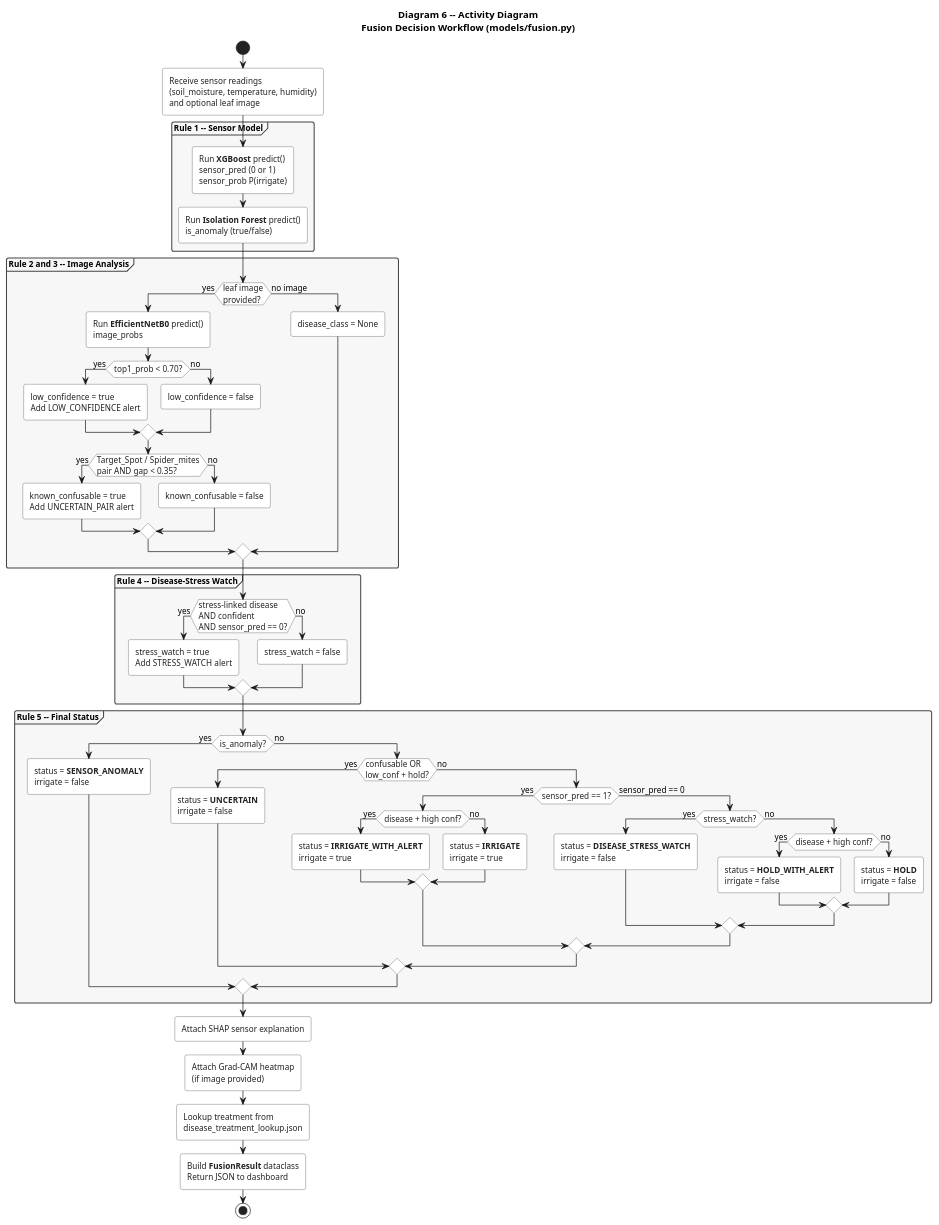
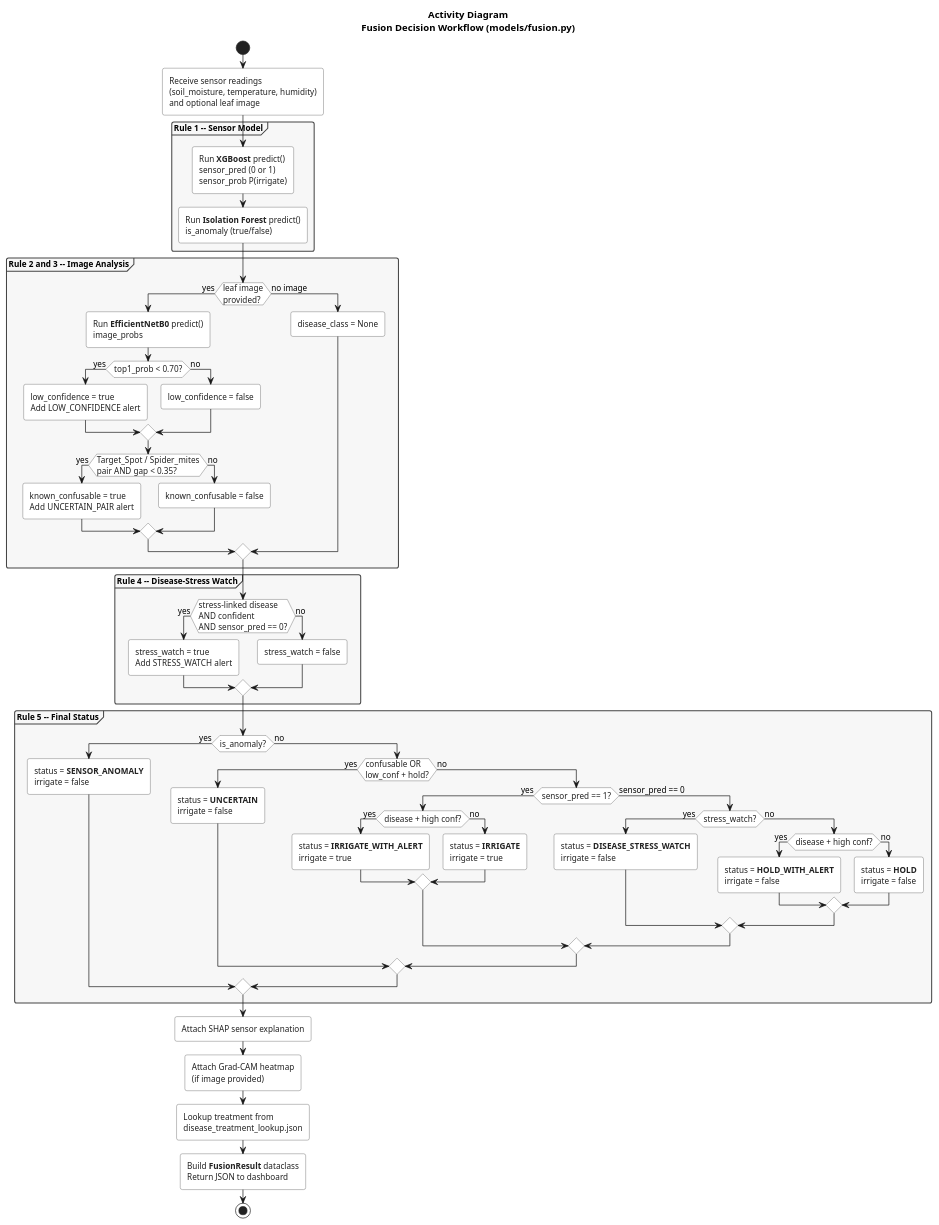
The diagram in docs/uml/06_activity.puml (karthikG0017/An-Explainable-Digital-Twin-for-Data-Driven-Irrigation-Management-in-Tomato-Plant-Cultivation), drawn with PlantUML before and after one commit. The commit also changed 13 other files, not shown here.

Commit message:
Did some modifications for UML Diagrams

```diff
--- a/docs/uml/06_activity.puml
+++ b/docs/uml/06_activity.puml
@@ -1,100 +1,100 @@
 @startuml activity_diagram
 skinparam backgroundColor white
 skinparam defaultFontName "Segoe UI"
 skinparam defaultFontSize 12
 skinparam shadowing false
 skinparam roundCorner 6
 
 skinparam activity {
   BackgroundColor white
   BorderColor #444444
   FontColor #222222
   DiamondBackgroundColor white
   DiamondBorderColor #444444
 }
 
 skinparam partition {
   BackgroundColor #F7F7F7
   BorderColor #444444
   FontStyle bold
 }
 
-title <b>Diagram 6 -- Activity Diagram</b>\nFusion Decision Workflow (models/fusion.py)
+title <b>Activity Diagram</b>\nFusion Decision Workflow (models/fusion.py)
 
 start
 
 :Receive sensor readings\n(soil_moisture, temperature, humidity)\nand optional leaf image;
 
 partition "Rule 1 -- Sensor Model" {
   :Run **XGBoost** predict()\nsensor_pred (0 or 1)\nsensor_prob P(irrigate);
 
   :Run **Isolation Forest** predict()\nis_anomaly (true/false);
 }
 
 partition "Rule 2 and 3 -- Image Analysis" {
   if (leaf image\nprovided?) then (yes)
     :Run **EfficientNetB0** predict()\nimage_probs;
 
     if (top1_prob < 0.70?) then (yes)
       :low_confidence = true\nAdd LOW_CONFIDENCE alert;
     else (no)
       :low_confidence = false;
     endif
 
     if (Target_Spot / Spider_mites\npair AND gap < 0.35?) then (yes)
       :known_confusable = true\nAdd UNCERTAIN_PAIR alert;
     else (no)
       :known_confusable = false;
     endif
   else (no image)
     :disease_class = None;
   endif
 }
 
 partition "Rule 4 -- Disease-Stress Watch" {
   if (stress-linked disease\nAND confident\nAND sensor_pred == 0?) then (yes)
     :stress_watch = true\nAdd STRESS_WATCH alert;
   else (no)
     :stress_watch = false;
   endif
 }
 
 partition "Rule 5 -- Final Status" {
   if (is_anomaly?) then (yes)
     :status = **SENSOR_ANOMALY**\nirrigate = false;
   else (no)
     if (confusable OR\nlow_conf + hold?) then (yes)
       :status = **UNCERTAIN**\nirrigate = false;
     else (no)
       if (sensor_pred == 1?) then (yes)
         if (disease + high conf?) then (yes)
           :status = **IRRIGATE_WITH_ALERT**\nirrigate = true;
         else (no)
           :status = **IRRIGATE**\nirrigate = true;
         endif
       else (sensor_pred == 0)
         if (stress_watch?) then (yes)
           :status = **DISEASE_STRESS_WATCH**\nirrigate = false;
         else (no)
           if (disease + high conf?) then (yes)
             :status = **HOLD_WITH_ALERT**\nirrigate = false;
           else (no)
             :status = **HOLD**\nirrigate = false;
           endif
         endif
       endif
     endif
   endif
 }
 
 :Attach SHAP sensor explanation;
 
 :Attach Grad-CAM heatmap\n(if image provided);
 
 :Lookup treatment from\ndisease_treatment_lookup.json;
 
 :Build **FusionResult** dataclass\nReturn JSON to dashboard;
 
 stop
 
 @enduml
```
